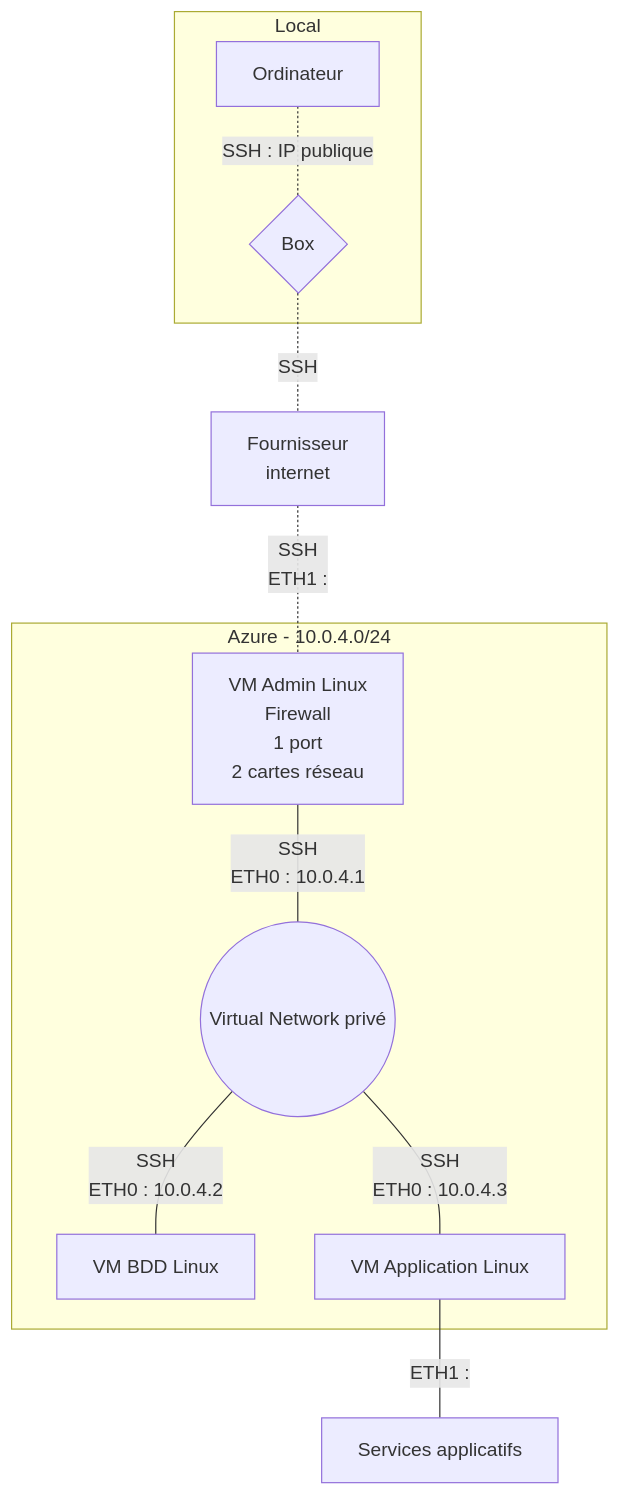
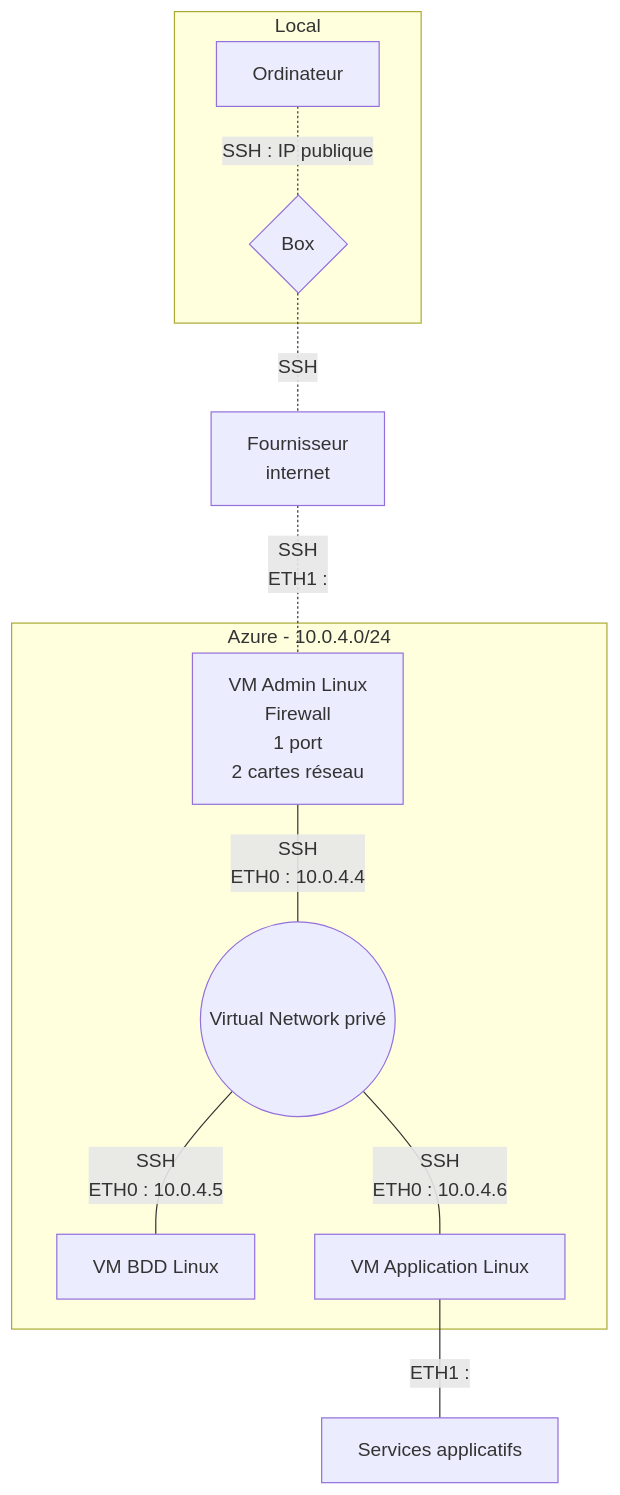
One commit to simplon-ThomasJulian/Brief2_Groupe4 changed the diagram in Brief2_Plan d'action.md. Above: the diagram before and after it, drawn with Mermaid. The commit also changed other lines of this file, not shown here.

````diff
--- a/Brief2_Plan d'action.md
+++ b/Brief2_Plan d'action.md
@@ -7,14 +7,14 @@
 ```mermaid
 flowchart TD
     subgraph Local
     Ordinateur[Ordinateur] -.-|SSH : IP publique| Box{Box}
     end
     Box -.-|SSH| Internet[Fournisseur <br /> internet]
     Internet -.-|SSH <br /> ETH1 : | VMAdmin[VM Admin Linux <br /> Firewall <br /> 1 port <br /> 2 cartes réseau]
     subgraph Azure - 10.0.4.0/24
-    VMAdmin ---|SSH  <br /> ETH0 : 10.0.4.1| VN((Virtual Network privé))
-    VN ---|SSH  <br /> ETH0 : 10.0.4.2| BDD[VM BDD Linux]
-    VN ---|SSH  <br />  ETH0 : 10.0.4.3| Appli[VM Application Linux]
+    VMAdmin ---|SSH  <br /> ETH0 : 10.0.4.4| VN((Virtual Network privé))
+    VN ---|SSH  <br /> ETH0 : 10.0.4.5| BDD[VM BDD Linux]
+    VN ---|SSH  <br />  ETH0 : 10.0.4.6| Appli[VM Application Linux]
     end
     Appli --- |ETH1 : | Services[Services applicatifs]
 ```
````
